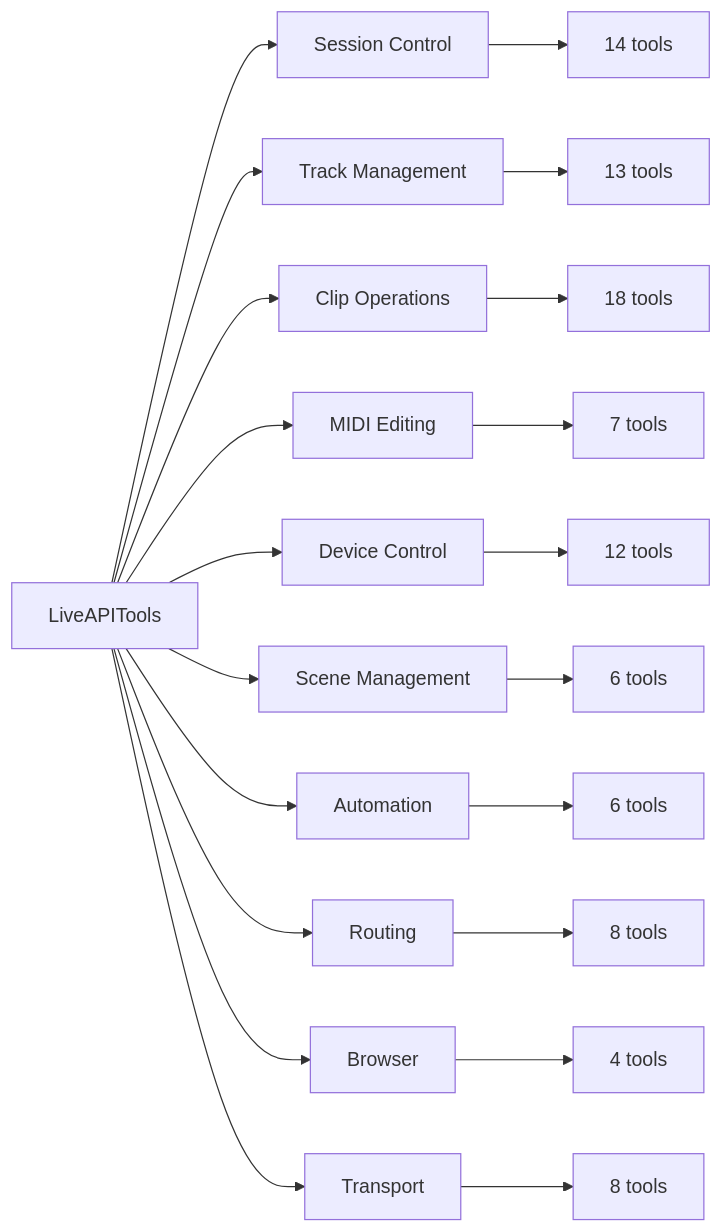
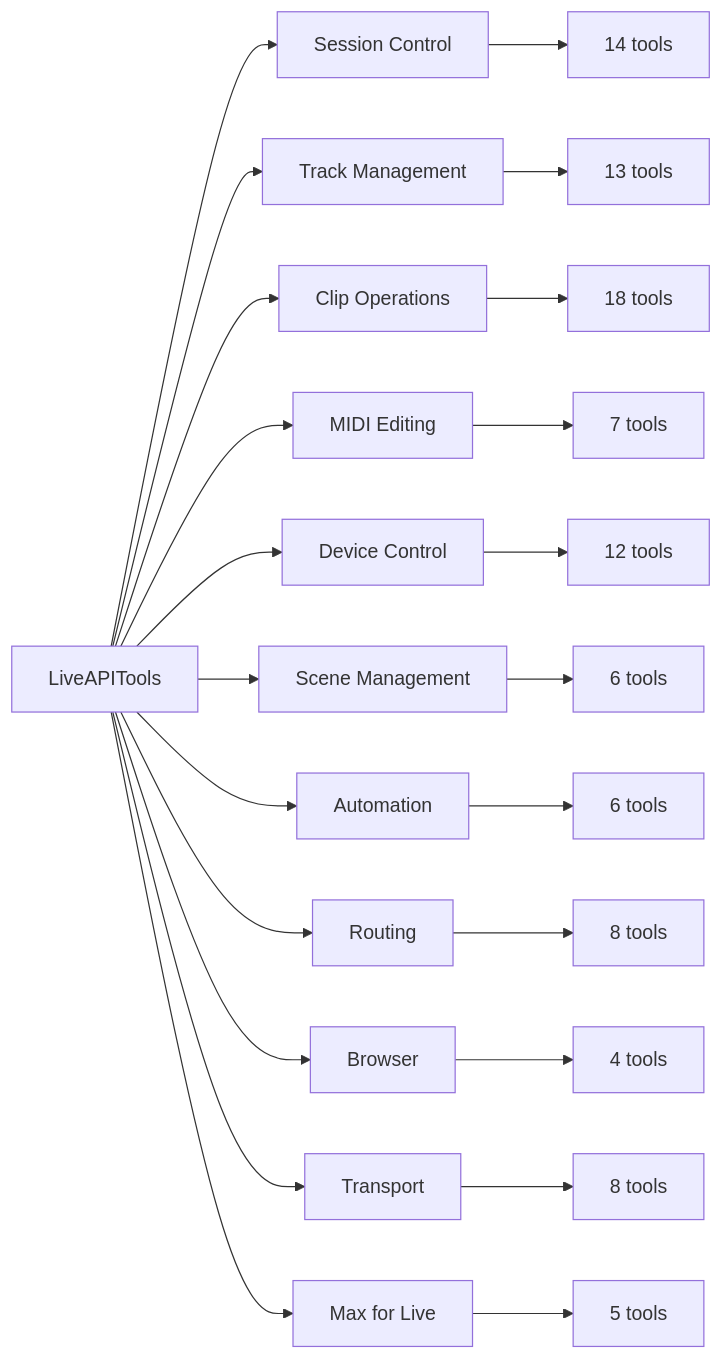
One commit to Ziforge/ableton-liveapi-tools changed the fourth of 7 diagrams in docs/ARCHITECTURE.md. Above: the diagram before and after it, drawn with Mermaid. The commit also changed other lines of this file and 6 other files, not shown here.

````diff
--- a/docs/ARCHITECTURE.md
+++ b/docs/ARCHITECTURE.md
@@ -85,24 +85,26 @@
 ```mermaid
 graph LR
     A[LiveAPITools] --> B[Session Control]
     A --> C[Track Management]
     A --> D[Clip Operations]
     A --> E[MIDI Editing]
     A --> F[Device Control]
     A --> G[Scene Management]
     A --> H[Automation]
     A --> I[Routing]
     A --> J[Browser]
     A --> K[Transport]
+    A --> L[Max for Live]
 
     B --> B1[14 tools]
     C --> C1[13 tools]
     D --> D1[18 tools]
     E --> E1[7 tools]
     F --> F1[12 tools]
     G --> G1[6 tools]
     H --> H1[6 tools]
     I --> I1[8 tools]
     J --> J1[4 tools]
     K --> K1[8 tools]
+    L --> L1[5 tools]
 ```
````
